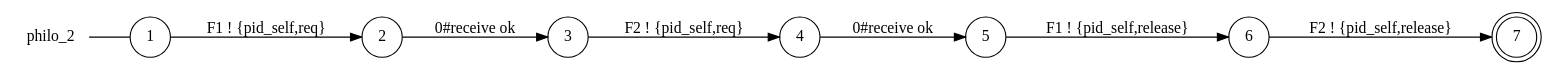
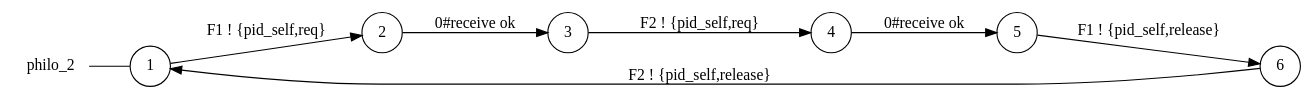
The diagram in examples/paper_example/deadlock/philo_2_local_view.dot (gabrielegenovese/chorer), drawn with Graphviz before and after one commit. The commit also changed 2 other files, not shown here.

```diff
--- a/examples/paper_example/deadlock/philo_2_local_view.dot
+++ b/examples/paper_example/deadlock/philo_2_local_view.dot
@@ -1,19 +1,18 @@
 digraph philo_2 {
 	rankdir="LR";
 	n_0 [label="philo_2", shape="plaintext"];
 	n_1 [id="1", shape=circle, label="1"];
 	n_0 -> n_1 [arrowhead=none];
 	n_2 [id="7", shape=circle, label="4"];
-	n_3 [id="4", shape=doublecircle, label="7"];
-	n_4 [id="6", shape=circle, label="5"];
-	n_5 [id="3", shape=circle, label="3"];
-	n_6 [id="2", shape=circle, label="2"];
-	n_7 [id="5", shape=circle, label="6"];
+	n_3 [id="6", shape=circle, label="5"];
+	n_4 [id="3", shape=circle, label="3"];
+	n_5 [id="2", shape=circle, label="2"];
+	n_6 [id="5", shape=circle, label="6"];
 
-	n_6 -> n_5 [id="[$e|2]", label="0#receive ok"];
-	n_1 -> n_6 [id="[$e|3]", label="F1 ! {pid_self,req}"];
-	n_5 -> n_2 [id="[$e|4]", label="F2 ! {pid_self,req}"];
-	n_4 -> n_7 [id="[$e|0]", label="F1 ! {pid_self,release}"];
-	n_2 -> n_4 [id="[$e|1]", label="0#receive ok"];
-	n_7 -> n_3 [id="[$e|5]", label="F2 ! {pid_self,release}"];
+	n_3 -> n_6 [id="[$e|2]", label="F1 ! {pid_self,release}"];
+	n_2 -> n_3 [id="[$e|3]", label="0#receive ok"];
+	n_4 -> n_2 [id="[$e|6]", label="F2 ! {pid_self,req}"];
+	n_5 -> n_4 [id="[$e|4]", label="0#receive ok"];
+	n_6 -> n_1 [id="[$e|7]", label="F2 ! {pid_self,release}"];
+	n_1 -> n_5 [id="[$e|5]", label="F1 ! {pid_self,req}"];
 }
```
